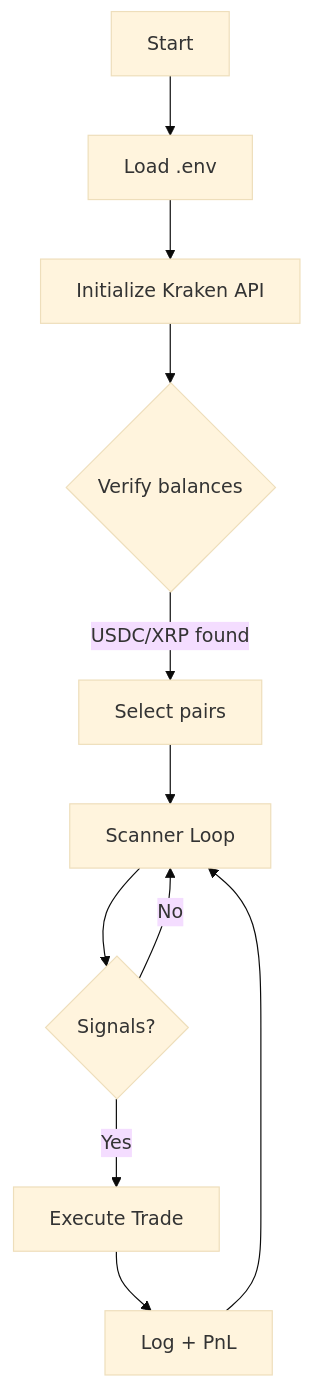
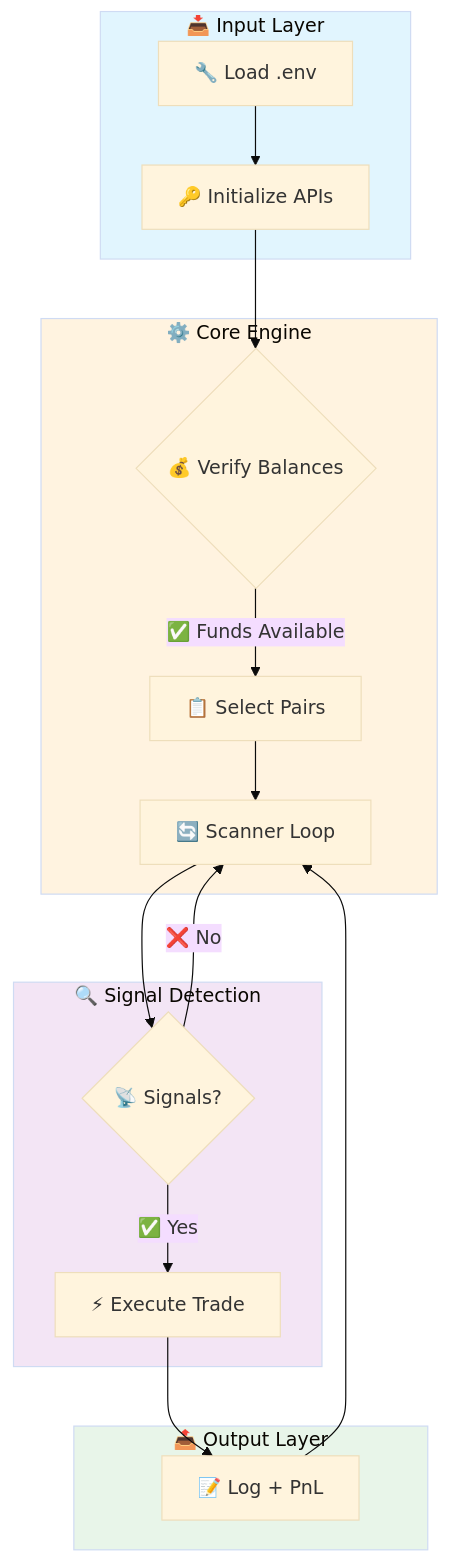
Before and after one commit to kevanbtc/trader1-: the first of 2 diagrams in README.md, drawn with Mermaid (base theme). The commit also changed other lines of this file, not shown here.

````diff
--- a/README.md
+++ b/README.md
@@ -51,13 +164,28 @@
 ```mermaid
 flowchart TD
-  A[Start] --> B[Load .env]
-  B --> C[Initialize Kraken API]
-  C --> D{Verify balances}
-  D -->|USDC/XRP found| E[Select pairs]
-  E --> F[Scanner Loop]
-  F --> G{Signals?}
-  G -->|Yes| H[Execute Trade]
-  G -->|No| F
-  H --> I[Log + PnL]
-  I --> F
+    subgraph Input["📥 Input Layer"]
+        A[🔧 Load .env] --> B[🔑 Initialize APIs]
+    end
+    
+    subgraph Core["⚙️ Core Engine"]
+        B --> C{💰 Verify Balances}
+        C -->|✅ Funds Available| D[📋 Select Pairs]
+        D --> E[🔄 Scanner Loop]
+    end
+    
+    subgraph Detection["🔍 Signal Detection"]
+        E --> F{📡 Signals?}
+        F -->|✅ Yes| G[⚡ Execute Trade]
+        F -->|❌ No| E
+    end
+    
+    subgraph Output["📤 Output Layer"]
+        G --> H[📝 Log + PnL]
+        H --> E
+    end
+    
+    style Input fill:#e1f5fe
+    style Core fill:#fff3e0
+    style Detection fill:#f3e5f5
+    style Output fill:#e8f5e9
 ```
````
